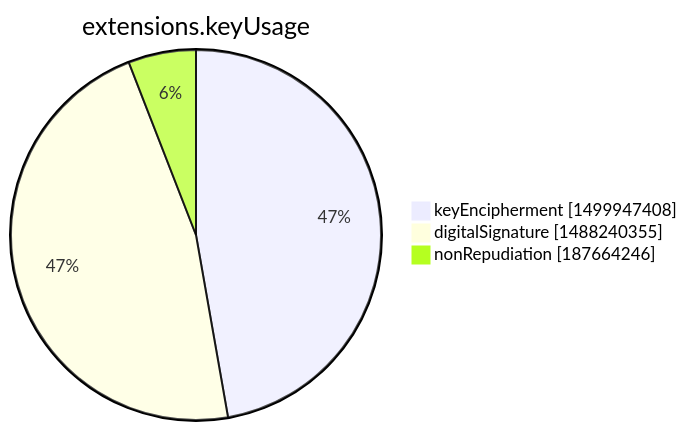
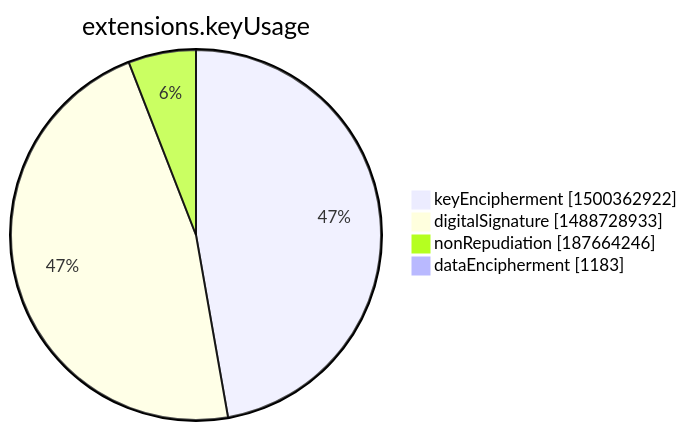
One commit to christiankrug/ctmonitor_visualization changed the seventh of 15 diagrams in xenon2022/README.md. Above: the diagram before and after it, drawn with Mermaid. The commit also changed other lines of this file, not shown here.

````diff
--- a/xenon2022/README.md
+++ b/xenon2022/README.md
@@ -2844,7 +2844,8 @@
 ```mermaid
 pie showData
 title extensions.keyUsage
-"keyEncipherment" :1499947408
-"digitalSignature" :1488240355
+"keyEncipherment" :1500362922
+"digitalSignature" :1488728933
 "nonRepudiation" :187664246
+"dataEncipherment" :1183
 ```
````
